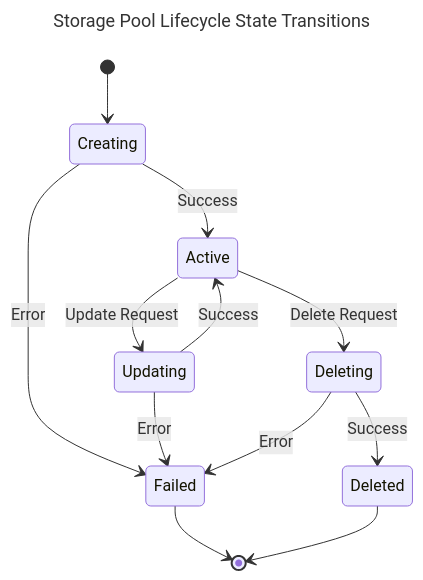
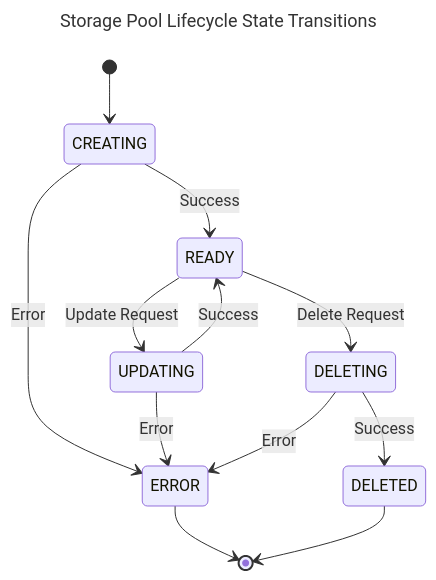
Before and after one commit to CSC-Security-sandbox/vcp-fresh-breakability: the fifth of 6 diagrams in doc/architecture/auto-gen-designs-docs/pool-design.md, drawn with Mermaid. The commit also changed other lines of this file, not shown here.

Commit message:
VSCP-2473: correct pool state from Active to READY in pool-design.md (#1976)

````diff
--- a/doc/architecture/auto-gen-designs-docs/pool-design.md
+++ b/doc/architecture/auto-gen-designs-docs/pool-design.md
@@ -257,17 +257,17 @@
 ```mermaid
 ---
 title: Storage Pool Lifecycle State Transitions
 ---
 stateDiagram-v2
-    [*] --> Creating
-    Creating --> Active: Success
-    Creating --> Failed: Error
-    Active --> Updating: Update Request
-    Active --> Deleting: Delete Request
-    Updating --> Active: Success
-    Updating --> Failed: Error
-    Deleting --> Deleted: Success
-    Deleting --> Failed: Error
-    Failed --> [*]
-    Deleted --> [*]
+    [*] --> CREATING
+    CREATING --> READY: Success
+    CREATING --> ERROR: Error
+    READY --> UPDATING: Update Request
+    READY --> DELETING: Delete Request
+    UPDATING --> READY: Success
+    UPDATING --> ERROR: Error
+    DELETING --> DELETED: Success
+    DELETING --> ERROR: Error
+    ERROR --> [*]
+    DELETED --> [*]
 ```
````
